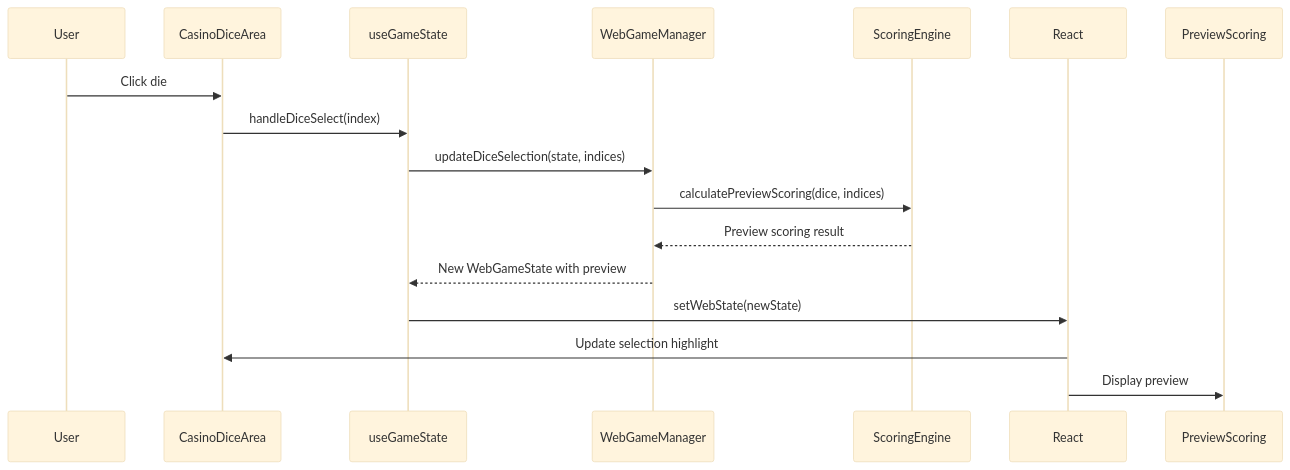
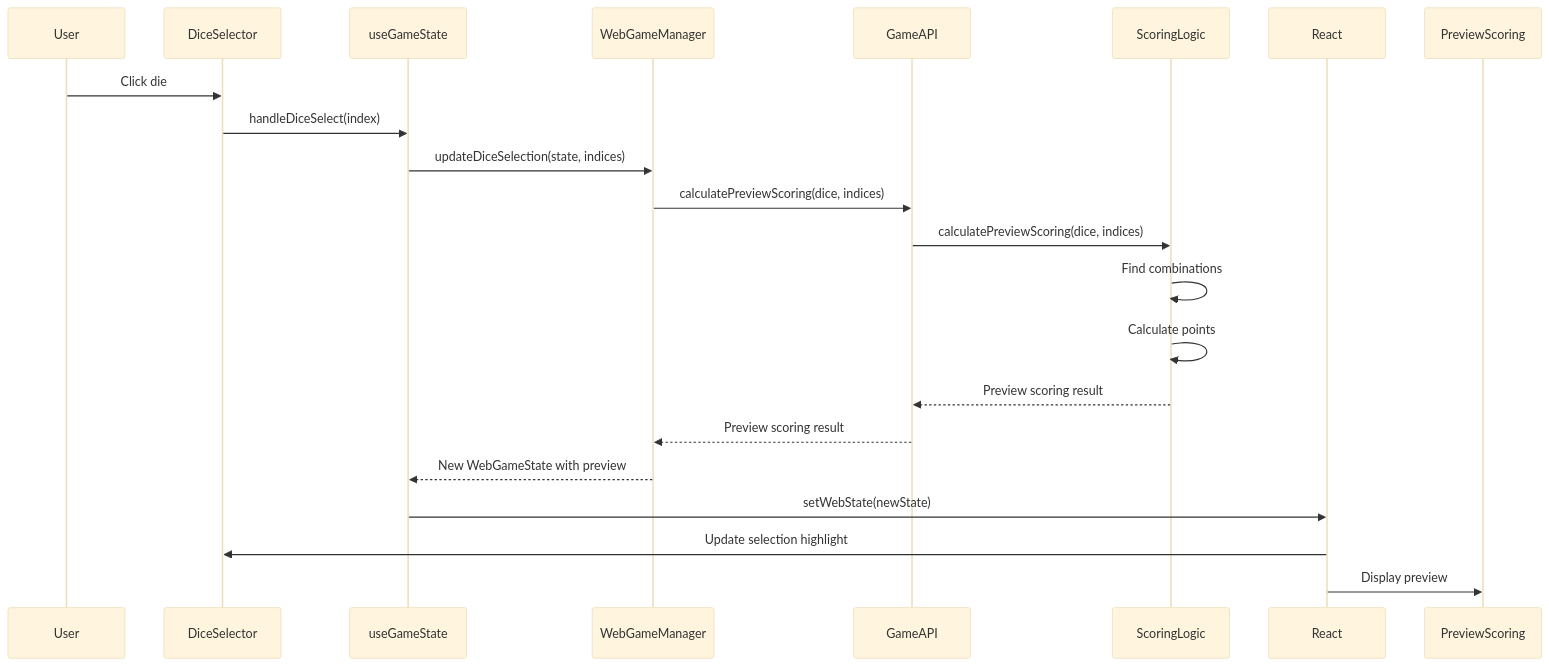
One commit to bbeaudet-dev/rollio changed the third of 3 diagrams in docs/architecture/data-flow.md. Above: the diagram before and after it, drawn with Mermaid (base theme). The commit also changed other lines of this file and 8 other files, not shown here.

First line of the commit message:
Refactor useConsumableOnDiceSelection and fix reroll button UI

````diff
--- a/docs/architecture/data-flow.md
+++ b/docs/architecture/data-flow.md
@@ -184,19 +247,24 @@
 ```mermaid
 sequenceDiagram
     participant User
-    participant CasinoDiceArea
+    participant DiceSelector
     participant useGameState
     participant WebGameManager
-    participant ScoringEngine
+    participant GameAPI
+    participant ScoringLogic
     participant React
 
-    User->>CasinoDiceArea: Click die
-    CasinoDiceArea->>useGameState: handleDiceSelect(index)
+    User->>DiceSelector: Click die
+    DiceSelector->>useGameState: handleDiceSelect(index)
     useGameState->>WebGameManager: updateDiceSelection(state, indices)
-    WebGameManager->>ScoringEngine: calculatePreviewScoring(dice, indices)
-    ScoringEngine-->>WebGameManager: Preview scoring result
+    WebGameManager->>GameAPI: calculatePreviewScoring(dice, indices)
+    GameAPI->>ScoringLogic: calculatePreviewScoring(dice, indices)
+    ScoringLogic->>ScoringLogic: Find combinations
+    ScoringLogic->>ScoringLogic: Calculate points
+    ScoringLogic-->>GameAPI: Preview scoring result
+    GameAPI-->>WebGameManager: Preview scoring result
     WebGameManager-->>useGameState: New WebGameState with preview
     useGameState->>React: setWebState(newState)
-    React->>CasinoDiceArea: Update selection highlight
+    React->>DiceSelector: Update selection highlight
     React->>PreviewScoring: Display preview
 ```
````
